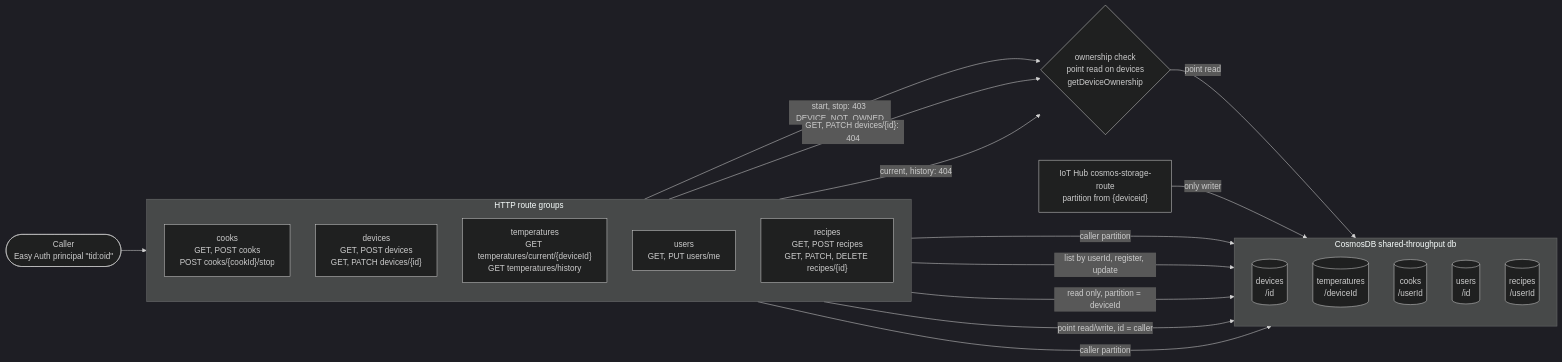
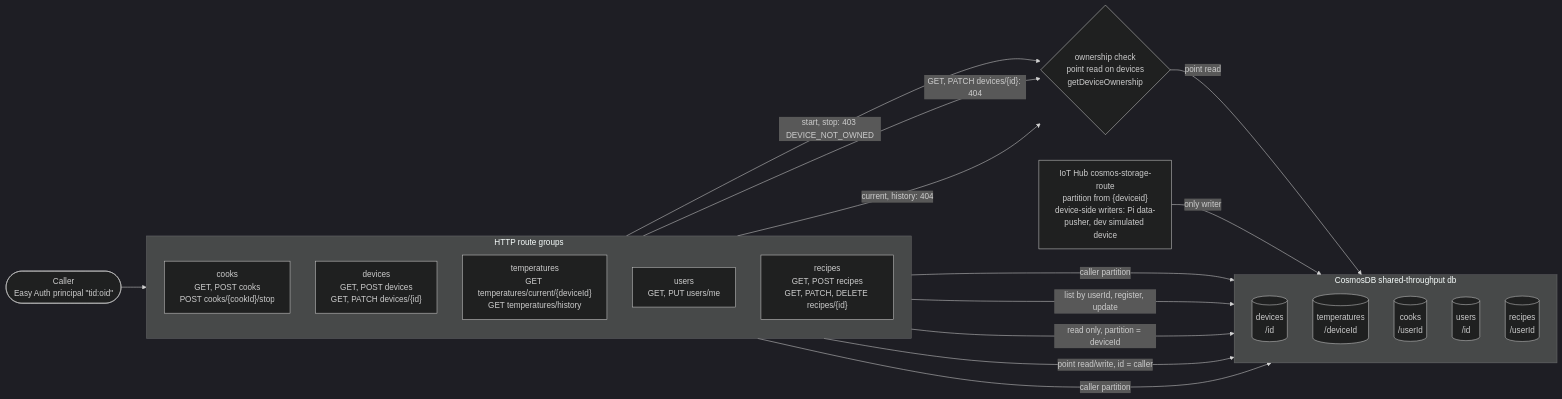
One commit to stevebargelt/meatgeekv2 changed the fifth of 6 diagrams in docs/architecture/diagrams.md. Above: the diagram before and after it, drawn with Mermaid (dark theme). The commit also changed other lines of this file and 1 other file, not shown here.

First line of the commit message:
docs(architecture): HAR-47 simulated device, live telemetry proof, measured round-trip and history cost

````diff
--- a/docs/architecture/diagrams.md
+++ b/docs/architecture/diagrams.md
@@ -338,41 +364,41 @@
 ```mermaid
 flowchart LR
     caller(["Caller<br/>Easy Auth principal &quot;tid:oid&quot;"])
 
     subgraph Routes["HTTP route groups"]
         direction TB
         rCooks["cooks<br/>GET, POST cooks<br/>POST cooks/{cookId}/stop"]
         rDevices["devices<br/>GET, POST devices<br/>GET, PATCH devices/{id}"]
         rTemps["temperatures<br/>GET temperatures/current/{deviceId}<br/>GET temperatures/history"]
         rUsers["users<br/>GET, PUT users/me"]
         rRecipes["recipes<br/>GET, POST recipes<br/>GET, PATCH, DELETE recipes/{id}"]
     end
 
     own{"ownership check<br/>point read on devices<br/>getDeviceOwnership"}
 
     subgraph DB["CosmosDB shared-throughput db"]
         direction TB
         cDevices[("devices<br/>/id")]
         cTemps[("temperatures<br/>/deviceId")]
         cCooks[("cooks<br/>/userId")]
         cUsers[("users<br/>/id")]
         cRecipes[("recipes<br/>/userId")]
     end
 
-    iot["IoT Hub cosmos-storage-route<br/>partition from {deviceid}"]
+    iot["IoT Hub cosmos-storage-route<br/>partition from {deviceid}<br/>device-side writers: Pi data-pusher, dev simulated device"]
 
     caller --> Routes
 
     rCooks -- "start, stop: 403 DEVICE_NOT_OWNED" --> own
     rDevices -- "GET, PATCH devices/{id}: 404" --> own
     rTemps -- "current, history: 404" --> own
     own -- "point read" --> cDevices
 
     rCooks -- "caller partition" --> cCooks
     rDevices -- "list by userId, register, update" --> cDevices
     rTemps -- "read only, partition = deviceId" --> cTemps
     rUsers -- "point read/write, id = caller" --> cUsers
     rRecipes -- "caller partition" --> cRecipes
 
     iot -- "only writer" --> cTemps
 ```
````
